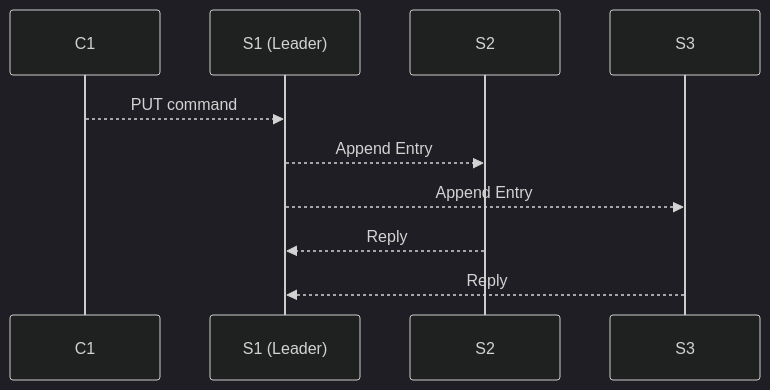
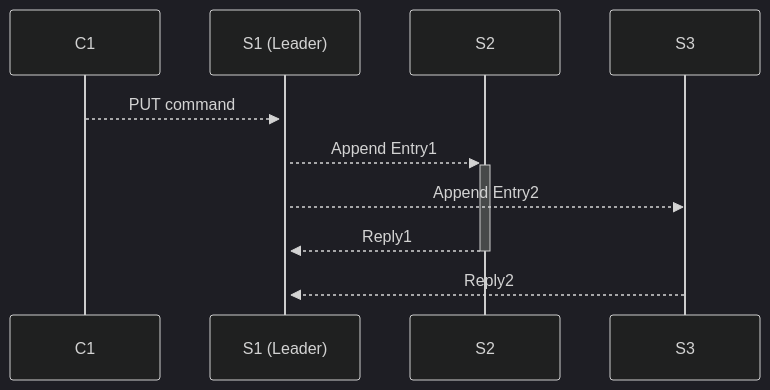
One commit to zanymuzik/notes changed the third of 3 diagrams in MIT - Lec 6 - Raft (1).md. Above: the diagram before and after it, drawn with Mermaid (dark theme). The commit also changed other lines of this file, not shown here.

Commit message:
MIT - Lec 6 - Raft (1).md updated from https://stackedit.io/

````diff
--- a/MIT - Lec 6 - Raft (1).md
+++ b/MIT - Lec 6 - Raft (1).md
@@ -109,9 +109,9 @@
 ```mermaid
 sequenceDiagram
-C1-->>S1: PUT command
+C1-->>+S1: PUT command
 participant S1 as S1 (Leader)
-S1-->>S2: Append Entry
-S1-->>S3: Append Entry
-S2-->>S1: Reply
-S3-->>S1: Reply
+S1-->>+S2: Append Entry1
+S1-->>S3: Append Entry2
+S2-->>-S1: Reply1
+S3-->>S1: Reply2
 ```
````
